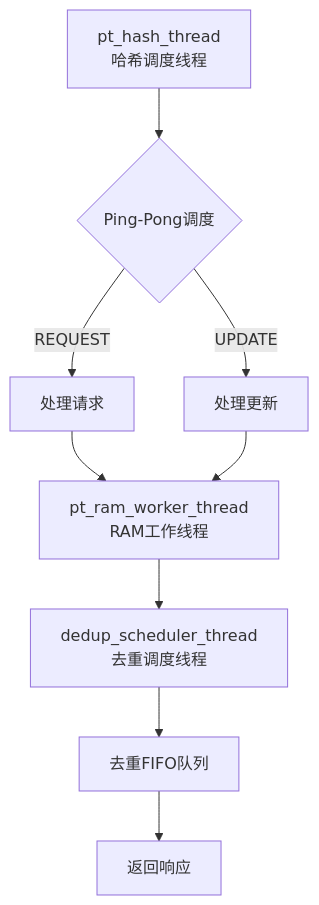
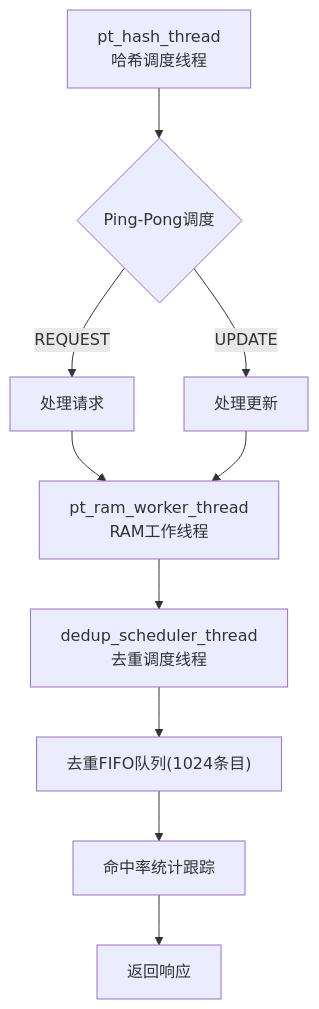
The fourth of 11 diagrams in .qoder/repowiki/zh/content/缓存系统/缓存子系统概览.md (jiangjiang1122/iommu_model_20260401_v1), drawn with Mermaid before and after one commit. The commit also changed other lines of this file and 159 other files, not shown here.

Commit message:
chore: 更新知识库文档 + 新增PTW并发分析图表与数据文件

````diff
--- a/.qoder/repowiki/zh/content/缓存系统/缓存子系统概览.md
+++ b/.qoder/repowiki/zh/content/缓存系统/缓存子系统概览.md
@@ -254,11 +287,12 @@
 ```mermaid
 flowchart TD
 PT_Hash["pt_hash_thread<br/>哈希调度线程"] --> PingPong{"Ping-Pong调度"}
 PingPong --> |REQUEST| ProcessReq["处理请求"]
 PingPong --> |UPDATE| ProcessUpdate["处理更新"]
 ProcessReq --> RAM_Worker["pt_ram_worker_thread<br/>RAM工作线程"]
 ProcessUpdate --> RAM_Worker
 RAM_Worker --> Dedup_Sched["dedup_scheduler_thread<br/>去重调度线程"]
-Dedup_Sched --> Dedup_Fifo["去重FIFO队列"]
-Dedup_Fifo --> Resp["返回响应"]
+Dedup_Sched --> Dedup_Fifo["去重FIFO队列(1024条目)"]
+Dedup_Fifo --> Stats["命中率统计跟踪"]
+Stats --> Resp["返回响应"]
 ```
````
